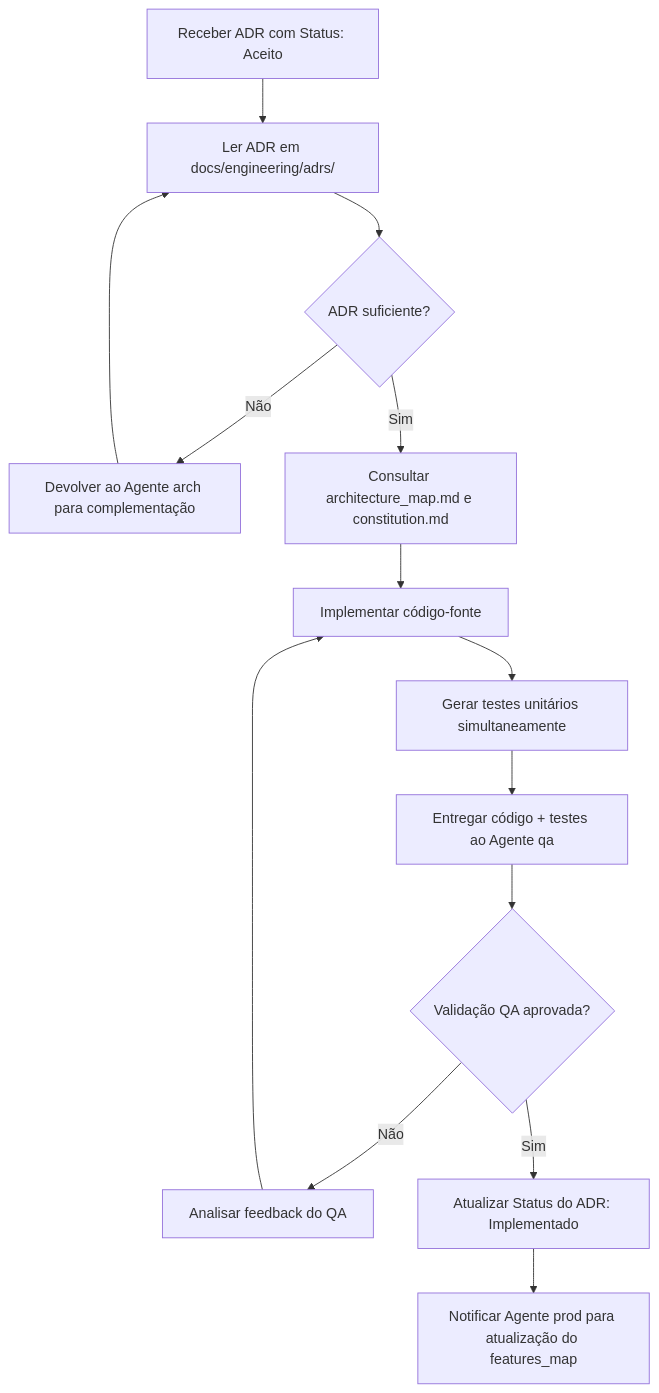
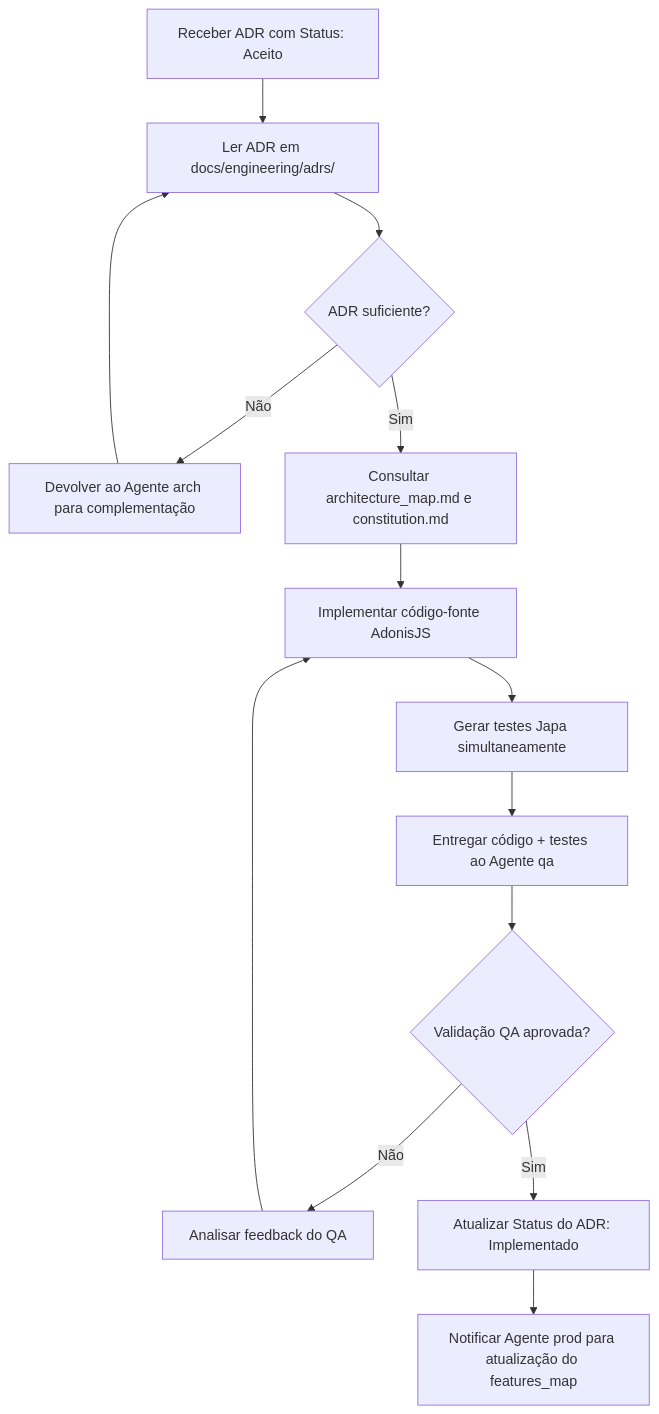
The diagram in .agents/eng/agent.md (invector-tecnologia/cambalhota), drawn with Mermaid before and after one commit. The commit also changed other lines of this file and 16 other files, not shown here.

````diff
--- a/.agents/eng/agent.md
+++ b/.agents/eng/agent.md
@@ -110,16 +99,16 @@
 ```mermaid
 flowchart TD
     A["Receber ADR com Status: Aceito"] --> B["Ler ADR em docs/engineering/adrs/"]
     B --> C{"ADR suficiente?"}
     C -- Não --> D["Devolver ao Agente arch para complementação"]
     D --> B
     C -- Sim --> E["Consultar architecture_map.md e constitution.md"]
-    E --> F["Implementar código-fonte"]
-    F --> G["Gerar testes unitários simultaneamente"]
+    E --> F["Implementar código-fonte AdonisJS"]
+    F --> G["Gerar testes Japa simultaneamente"]
     G --> H["Entregar código + testes ao Agente qa"]
     H --> I{"Validação QA aprovada?"}
     I -- Não --> J["Analisar feedback do QA"]
     J --> F
     I -- Sim --> K["Atualizar Status do ADR: Implementado"]
     K --> L["Notificar Agente prod para atualização do features_map"]
 ```
````
